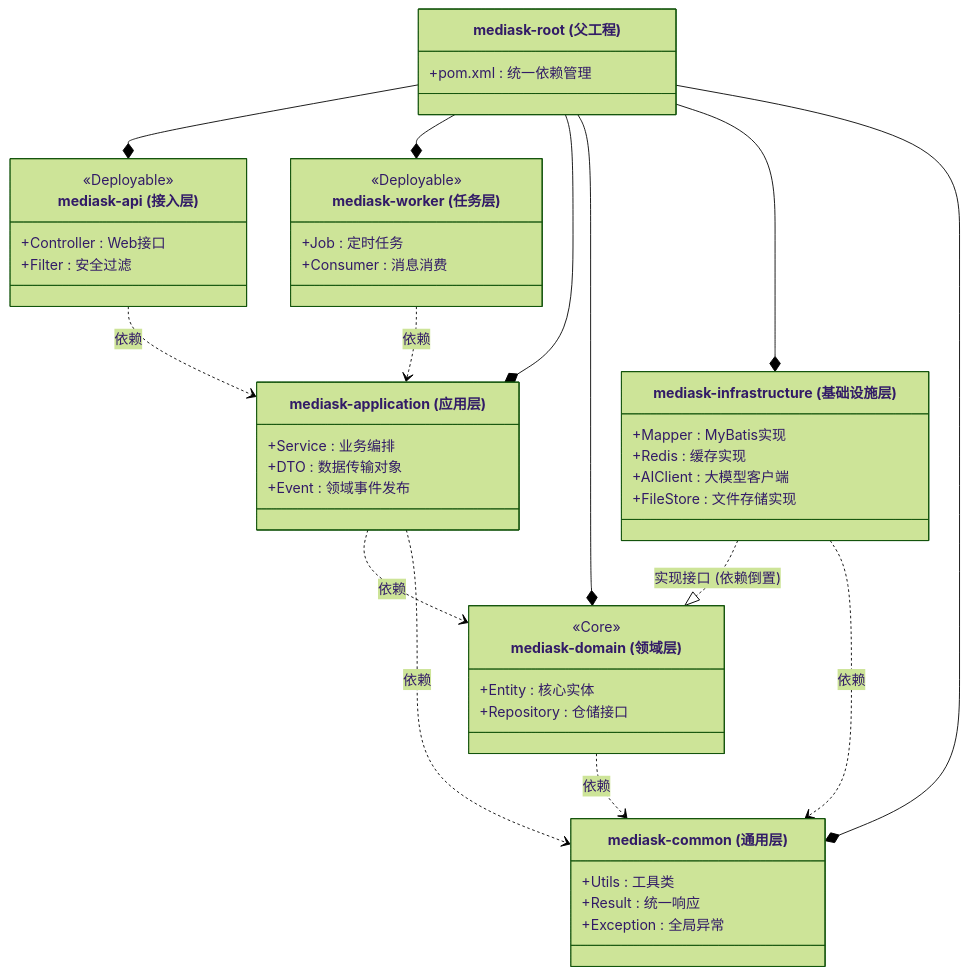
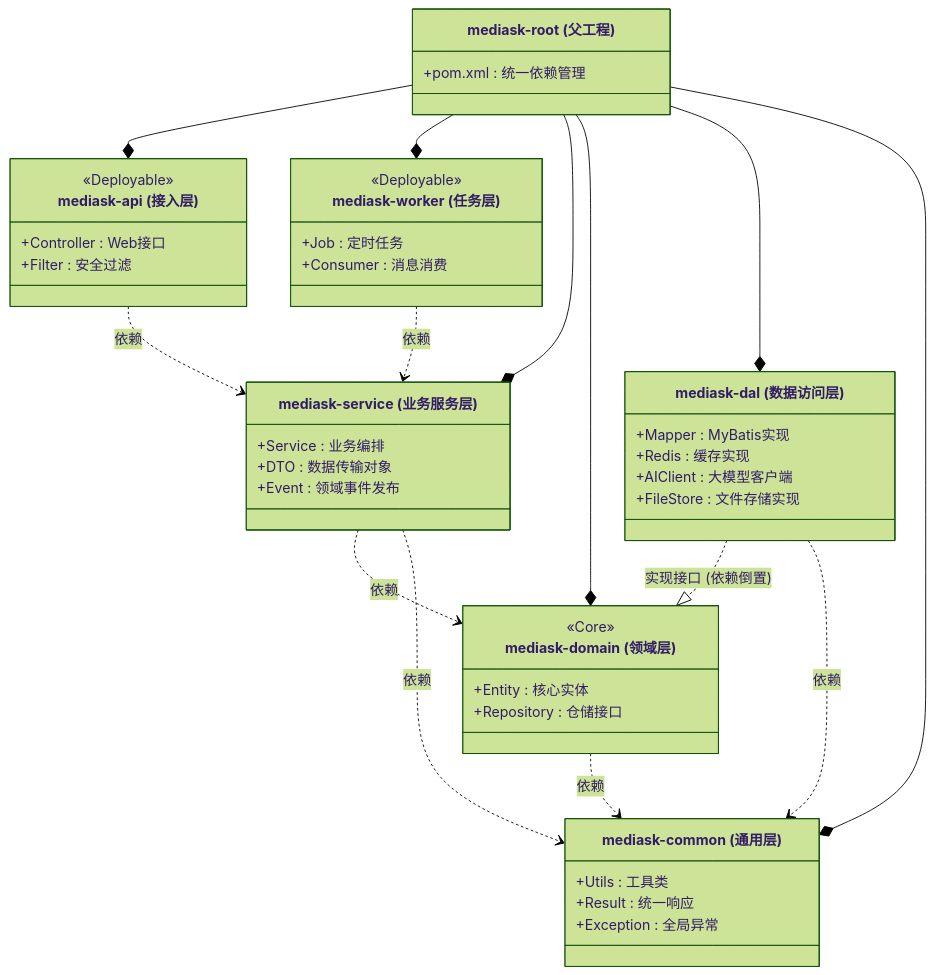
One commit to JianwenShaw/MediAskDocs changed the second of 2 diagrams in ARCHITECTURE_DESIGN.md. Above: the diagram before and after it, drawn with Mermaid (forest theme). The commit also changed other lines of this file and 2 other files, not shown here.

Commit message:
chore:修改module命名，更贴合需求

````diff
--- a/ARCHITECTURE_DESIGN.md
+++ b/ARCHITECTURE_DESIGN.md
@@ -188,61 +188,61 @@
 ```mermaid
 classDiagram
     direction TB
     
     class Root ["mediask-root (父工程)"] {
         +pom.xml : 统一依赖管理
     }
 
     class API ["mediask-api (接入层)"] {
         +Controller : Web接口
         +Filter : 安全过滤
         <<Deployable>>
     }
 
     class Worker ["mediask-worker (任务层)"] {
         +Job : 定时任务
         +Consumer : 消息消费
         <<Deployable>>
     }
 
-    class App ["mediask-application (应用层)"] {
+    class Service ["mediask-service (业务服务层)"] {
         +Service : 业务编排
         +DTO : 数据传输对象
         +Event : 领域事件发布
     }
 
     class Domain ["mediask-domain (领域层)"] {
         +Entity : 核心实体
         +Repository : 仓储接口
         <<Core>>
     }
 
-    class Infra ["mediask-infrastructure (基础设施层)"] {
+    class DAL ["mediask-dal (数据访问层)"] {
         +Mapper : MyBatis实现
         +Redis : 缓存实现
         +AIClient : 大模型客户端
         +FileStore : 文件存储实现
     }
 
     class Common ["mediask-common (通用层)"] {
         +Utils : 工具类
         +Result : 统一响应
         +Exception : 全局异常
     }
 
     %% 依赖关系
     Root --* API
     Root --* Worker
-    Root --* App
+    Root --* Service
     Root --* Domain
-    Root --* Infra
+    Root --* DAL
     Root --* Common
 
-    API ..> App : 依赖
-    Worker ..> App : 依赖
-    App ..> Domain : 依赖
-    Infra ..|> Domain : 实现接口 (依赖倒置)
-    Infra ..> Common : 依赖
+    API ..> Service : 依赖
+    Worker ..> Service : 依赖
+    Service ..> Domain : 依赖
+    DAL ..|> Domain : 实现接口 (依赖倒置)
+    DAL ..> Common : 依赖
     Domain ..> Common : 依赖
-    App ..> Common : 依赖
+    Service ..> Common : 依赖
 ```
````
